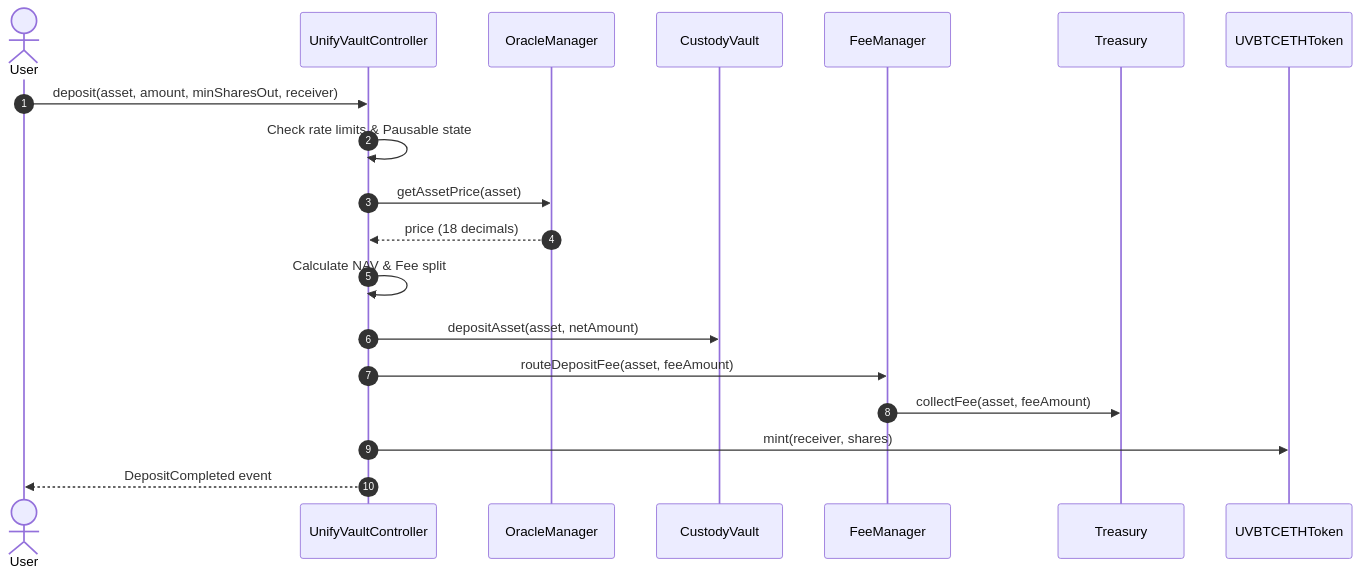
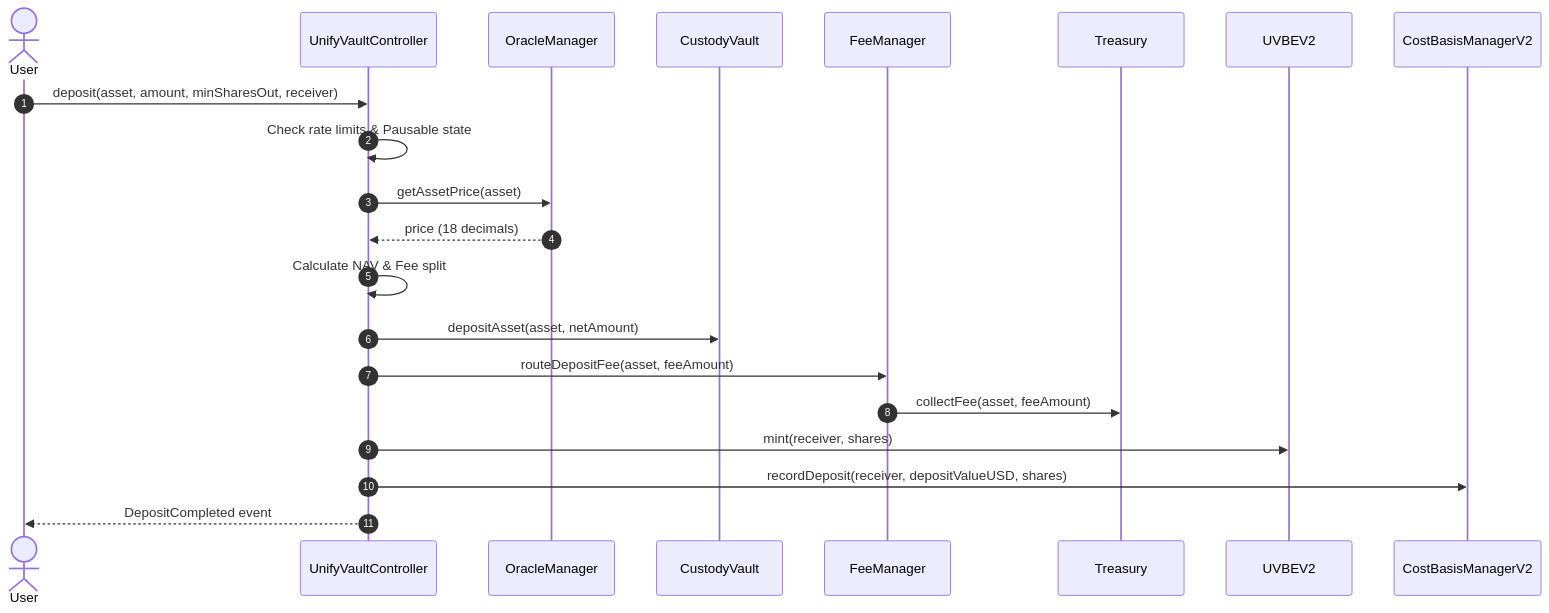
Before and after one commit to DigiClums/UnifyVault-UV: the second of 4 diagrams in docs/Architecture.md, drawn with Mermaid. The commit also changed other lines of this file and 21 other files, not shown here.

````diff
--- a/docs/Architecture.md
+++ b/docs/Architecture.md
@@ -66,22 +85,24 @@
 ```mermaid
 sequenceDiagram
     autonumber
     actor User
     participant Controller as UnifyVaultController
     participant Oracle as OracleManager
     participant Vault as CustodyVault
     participant Fee as FeeManager
     participant Treasury as Treasury
-    participant Token as UVBTCETHToken
+    participant Token as UVBEV2
+    participant CBM as CostBasisManagerV2
 
     User->>Controller: deposit(asset, amount, minSharesOut, receiver)
     Controller->>Controller: Check rate limits & Pausable state
     Controller->>Oracle: getAssetPrice(asset)
     Oracle-->>Controller: price (18 decimals)
     Controller->>Controller: Calculate NAV & Fee split
     Controller->>Vault: depositAsset(asset, netAmount)
     Controller->>Fee: routeDepositFee(asset, feeAmount)
     Fee->>Treasury: collectFee(asset, feeAmount)
     Controller->>Token: mint(receiver, shares)
+    Controller->>CBM: recordDeposit(receiver, depositValueUSD, shares)
     Controller-->>User: DepositCompleted event
 ```
````
